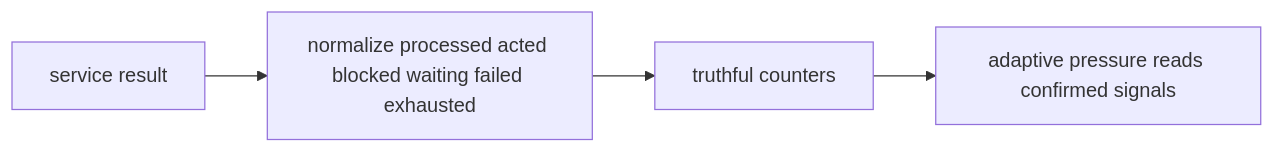
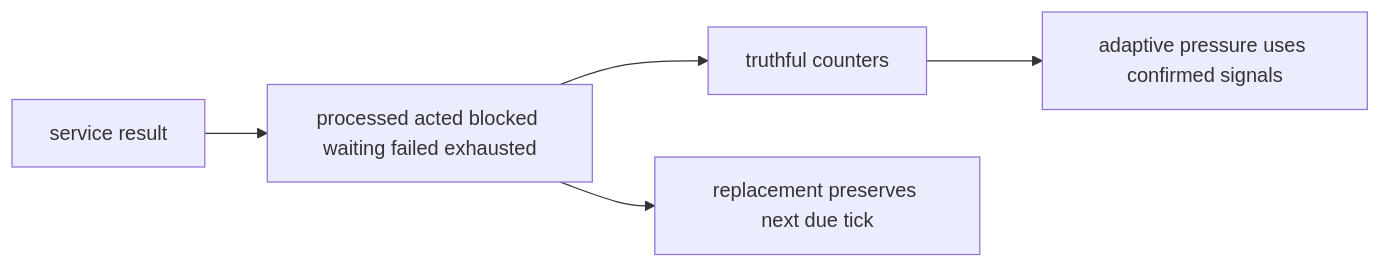
Before and after one commit to mrcalzon02/Tech-Priests: the ninth of 15 diagrams in docs/RECOVERY_AUTHORITY_MAP_CURRENT.md, drawn with Mermaid. The commit also changed other lines of this file, not shown here.

````diff
--- a/docs/RECOVERY_AUTHORITY_MAP_CURRENT.md
+++ b/docs/RECOVERY_AUTHORITY_MAP_CURRENT.md
@@ -224,8 +249,10 @@
 ```mermaid
 flowchart LR
     Service[service result]
-    Normalize[normalize processed acted blocked waiting failed exhausted]
+    Normalize[processed acted blocked waiting failed exhausted]
     Metrics[truthful counters]
-    Budget[adaptive pressure reads confirmed signals]
-    Service --> Normalize --> Metrics --> Budget
+    Pressure[adaptive pressure uses confirmed signals]
+    Cadence[replacement preserves next due tick]
+    Service --> Normalize --> Metrics --> Pressure
+    Normalize --> Cadence
 ```
````
